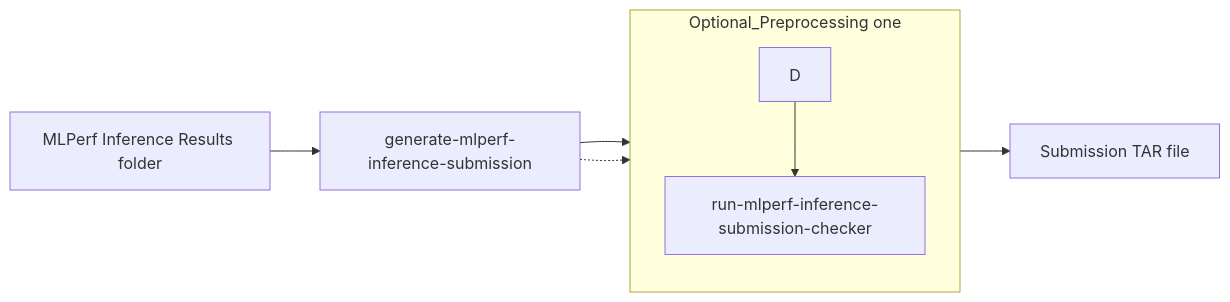
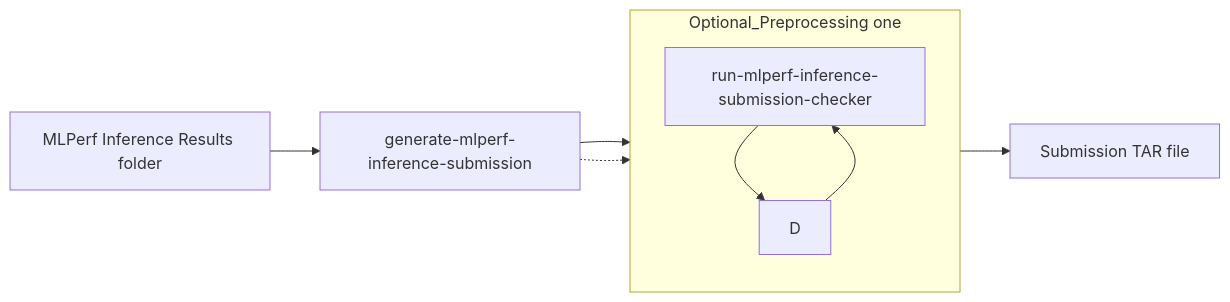
Before and after one commit to GATEOverflow/inference: the second of 2 diagrams in docs/submission/index.md, drawn with Mermaid.

````diff
--- a/docs/submission/index.md
+++ b/docs/submission/index.md
@@ -24,16 +24,17 @@
 ```mermaid
 flowchart LR
     %% Main flow (Left to Right)
     A[MLPerf Inference Results folder] --> B[generate-mlperf-inference-submission]
     B --> C[run-mlperf-inference-submission-checker]
     C --> E[Submission TAR file]
+    C --> D
 
     %% Subgraph for preprocess (Top to Down)
     subgraph Optional_Preprocessing one
         direction TD
         D --> C
     end
 
     %% Dashed line to connect preprocess node
     B -.-> D
 ```
````
